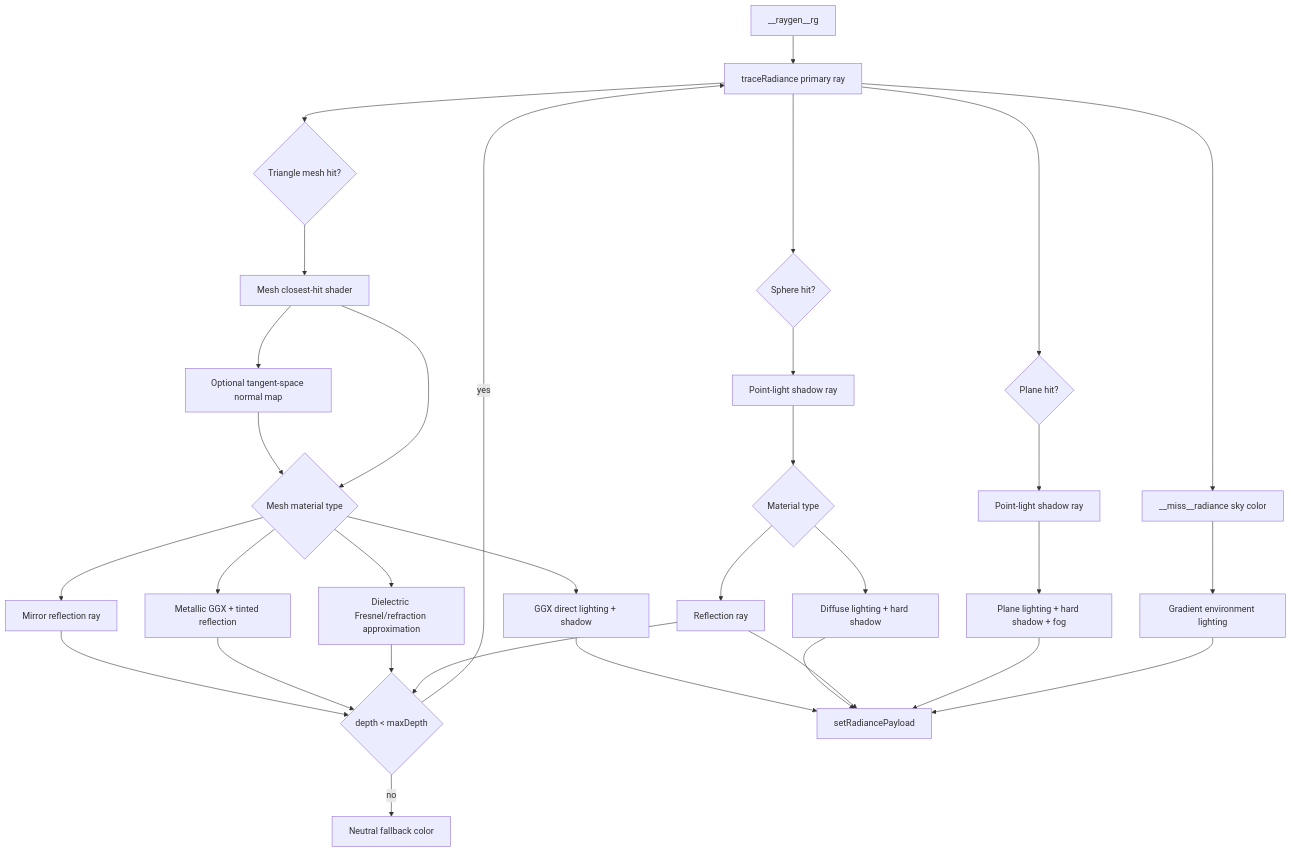
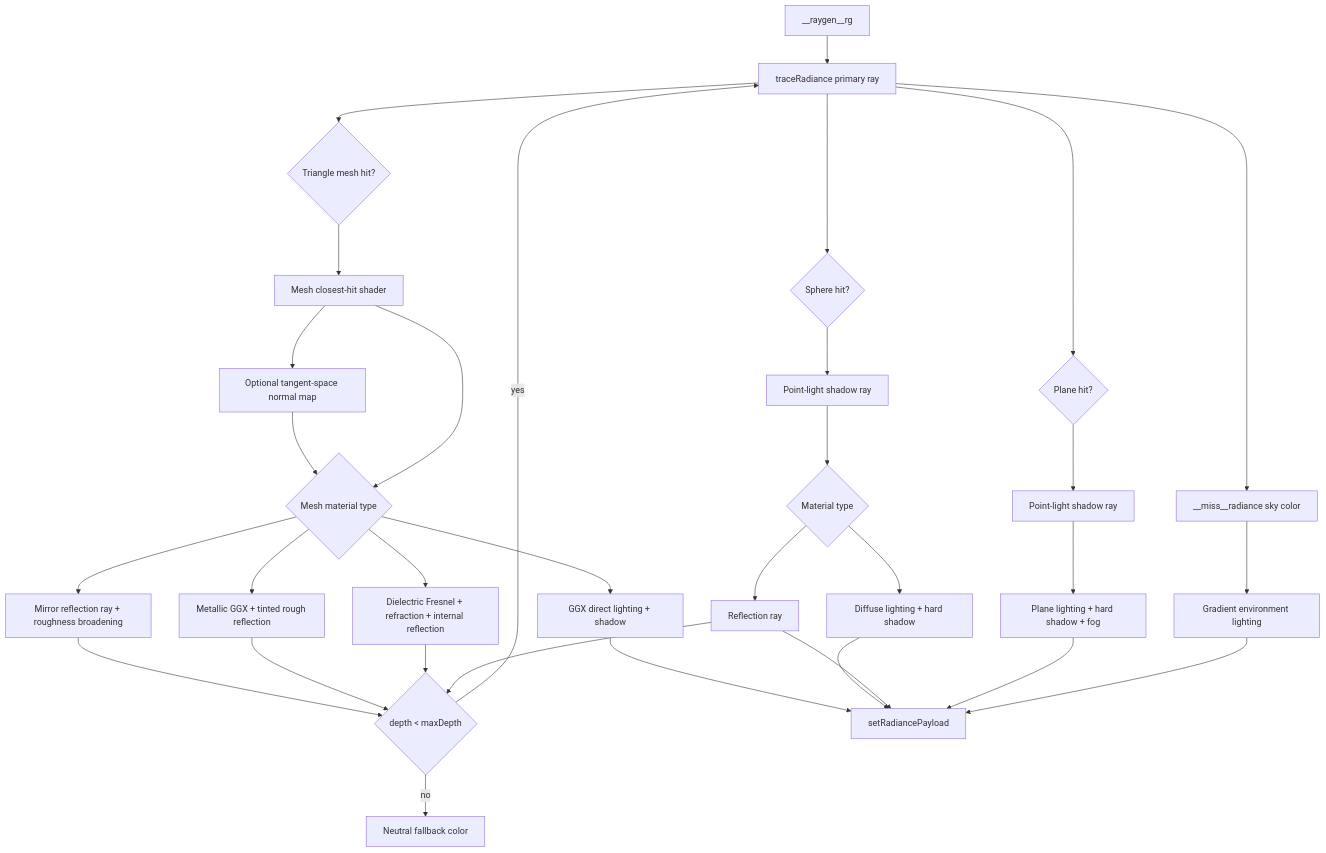
One commit to Tundraws/RayTracer changed the third of 4 diagrams in RayTracerRTX/docs/architecture.md. Above: the diagram before and after it, drawn with Mermaid. The commit also changed 5 other files, not shown here.

Commit message:
feat: improve glass and rough reflections

````diff
--- a/RayTracerRTX/docs/architecture.md
+++ b/RayTracerRTX/docs/architecture.md
@@ -88,34 +88,34 @@
 ```mermaid
 flowchart TD
     RG["__raygen__rg"] --> Primary["traceRadiance primary ray"]
     Primary --> HitSphere{"Sphere hit?"}
     Primary --> HitMesh{"Triangle mesh hit?"}
     Primary --> HitPlane{"Plane hit?"}
     Primary --> Miss["__miss__radiance sky color"]
     Miss --> Environment["Gradient environment lighting"]
     HitSphere --> Shadow["Point-light shadow ray"]
     HitMesh --> MeshClosestHit["Mesh closest-hit shader"]
     MeshClosestHit --> NormalMap["Optional tangent-space normal map"]
     NormalMap --> MeshMaterial
     MeshClosestHit --> MeshMaterial{"Mesh material type"}
     MeshMaterial --> MeshDiffuse["GGX direct lighting + shadow"]
-    MeshMaterial --> MeshMirror["Mirror reflection ray"]
-    MeshMaterial --> MeshMetal["Metallic GGX + tinted reflection"]
-    MeshMaterial --> MeshGlass["Dielectric Fresnel/refraction approximation"]
+    MeshMaterial --> MeshMirror["Mirror reflection ray + roughness broadening"]
+    MeshMaterial --> MeshMetal["Metallic GGX + tinted rough reflection"]
+    MeshMaterial --> MeshGlass["Dielectric Fresnel + refraction + internal reflection"]
     MeshMirror --> Depth
     MeshMetal --> Depth
     MeshGlass --> Depth
     MeshDiffuse --> Output
     Shadow --> Material{"Material type"}
     Material --> Diffuse["Diffuse lighting + hard shadow"]
     Material --> Mirror["Reflection ray"]
     Mirror --> Depth{"depth < maxDepth"}
     Depth -->|yes| Primary
     Depth -->|no| Fallback["Neutral fallback color"]
     HitPlane --> PlaneShadow["Point-light shadow ray"]
     PlaneShadow --> PlaneLight["Plane lighting + hard shadow + fog"]
     Diffuse --> Output["setRadiancePayload"]
     Mirror --> Output
     PlaneLight --> Output
     Environment --> Output
 ```
````
